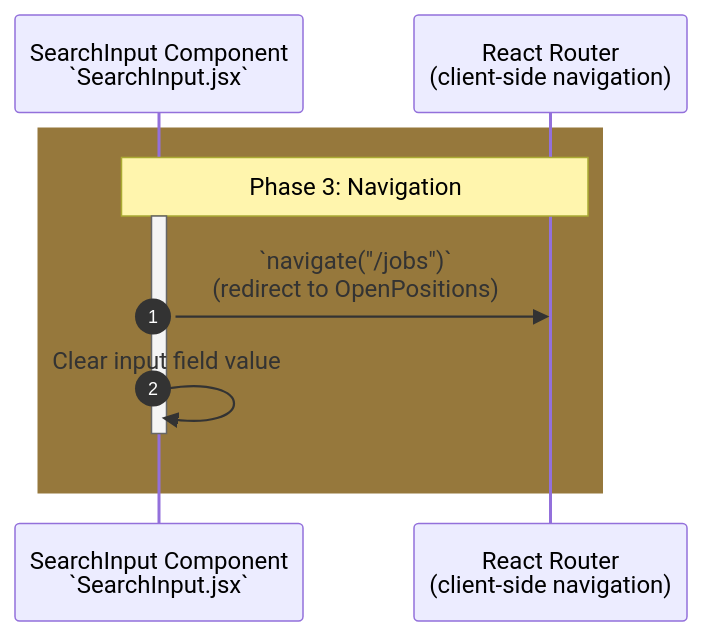
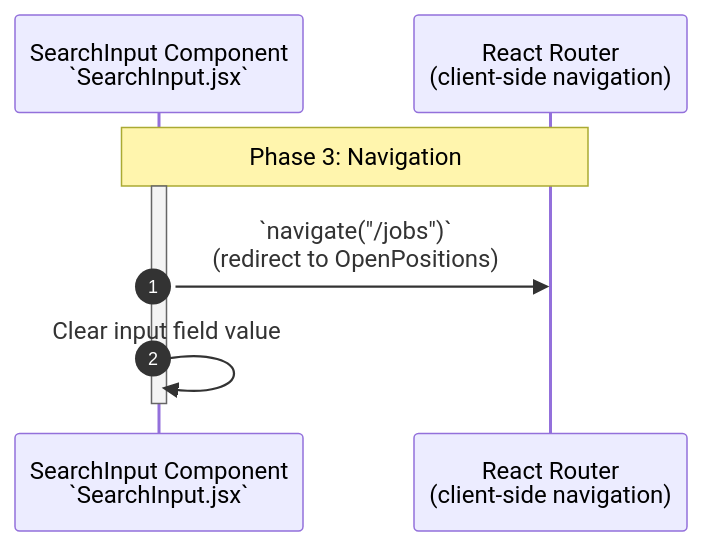
Before and after one commit to YahyaAl-Ademi/2025.10.23-JobCompass: the diagram in documentation/jobFetch/3.Navigation.md, drawn with Mermaid. The commit also changed other lines of this file and 5 other files, not shown here.

Commit message:
Update job fetch flowchart documentation to improve organization and clarity by removing unnecessary rectangles and ensuring consistent navigation links.

````diff
--- a/documentation/jobFetch/3.Navigation.md
+++ b/documentation/jobFetch/3.Navigation.md
@@ -1,14 +3,12 @@
 ```mermaid
 sequenceDiagram
     autonumber
     participant SearchInput as SearchInput Component<br/>`SearchInput.jsx`
     participant Router as React Router<br/>(client-side navigation)
 
-    rect rgb(150, 120, 60)
     Note over SearchInput,Router: Phase 3: Navigation
     activate SearchInput
     SearchInput->>Router: `navigate("/jobs")`<br/>(redirect to OpenPositions)
     SearchInput->>SearchInput: Clear input field value
     deactivate SearchInput
-    end
 ```
````
